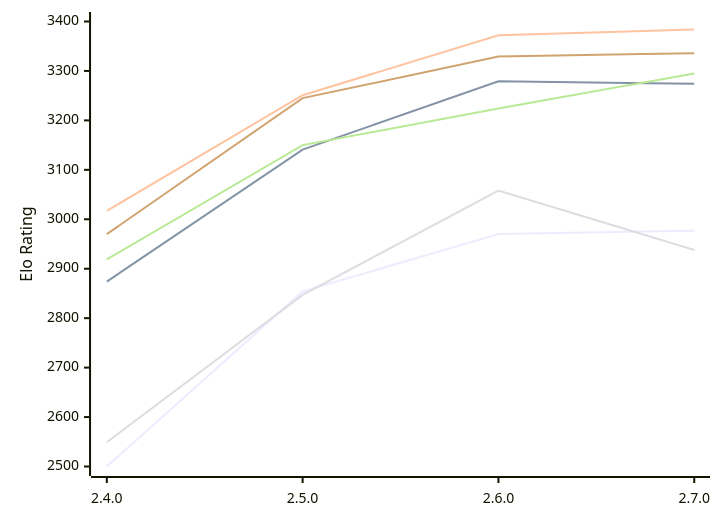
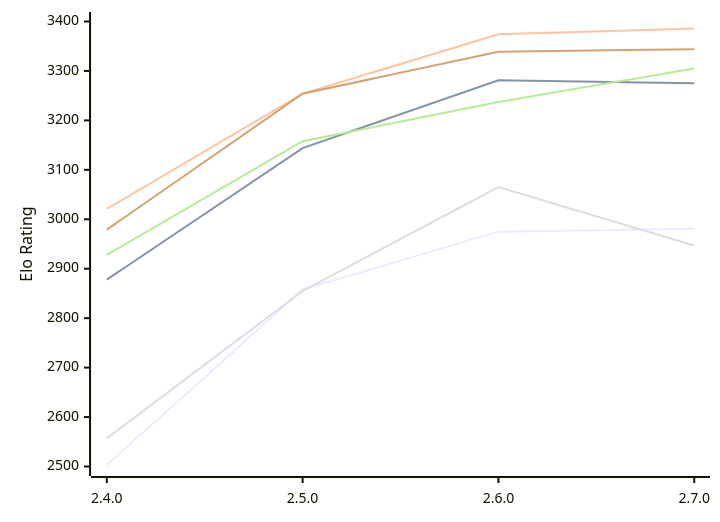
Before and after one commit to computer-chess-index/cci: the diagram in engines/Rarog.md, drawn with Mermaid. The commit also changed other lines of this file, not shown here.

Commit message:
Update CCI Ratings (ELO VLTC) - 2026-11-25

````diff
--- a/engines/Rarog.md
+++ b/engines/Rarog.md
@@ -53,12 +53,12 @@
 ```mermaid
 %%{init: {"theme":"base","themeVariables":{"seriesColors:['#a3a3a3','#222221','#faa371']}}}%%
 xychart-beta
   x-axis ["2.4.0", "2.5.0", "2.6.0", "2.7.0"]
   y-axis "Elo Rating" 2500 --> 3400
-  line "E1: STC (8.0+0.08s)" [2500, 2854, 2970, 2977]
-  line "E1: LTC (60.0+0.60s)" [2874, 3141, 3279, 3274]
-  line "E1: VLTC (2m24s+1.12s)" [3017, 3251, 3372, 3384]
-  line "P1: STC (8.0+0.08s)" [2549, 2847, 3058, 2938]
-  line "P1: LTC (60.0+0.60s)" [2919, 3150, 3224, 3295]
-  line "P1: VLTC (2m24s+1.12s)" [2970, 3245, 3329, 3336]
+  line "E1: STC (8.0+0.08s)" [2503, 2858, 2975, 2981]
+  line "E1: LTC (60.0+0.60s)" [2878, 3144, 3281, 3275]
+  line "E1: VLTC (2m24s+1.12s)" [3021, 3254, 3374, 3386]
+  line "P1: STC (8.0+0.08s)" [2557, 2855, 3065, 2947]
+  line "P1: LTC (60.0+0.60s)" [2928, 3158, 3237, 3305]
+  line "P1: VLTC (2m24s+1.12s)" [2979, 3254, 3339, 3344]
 ```
````
